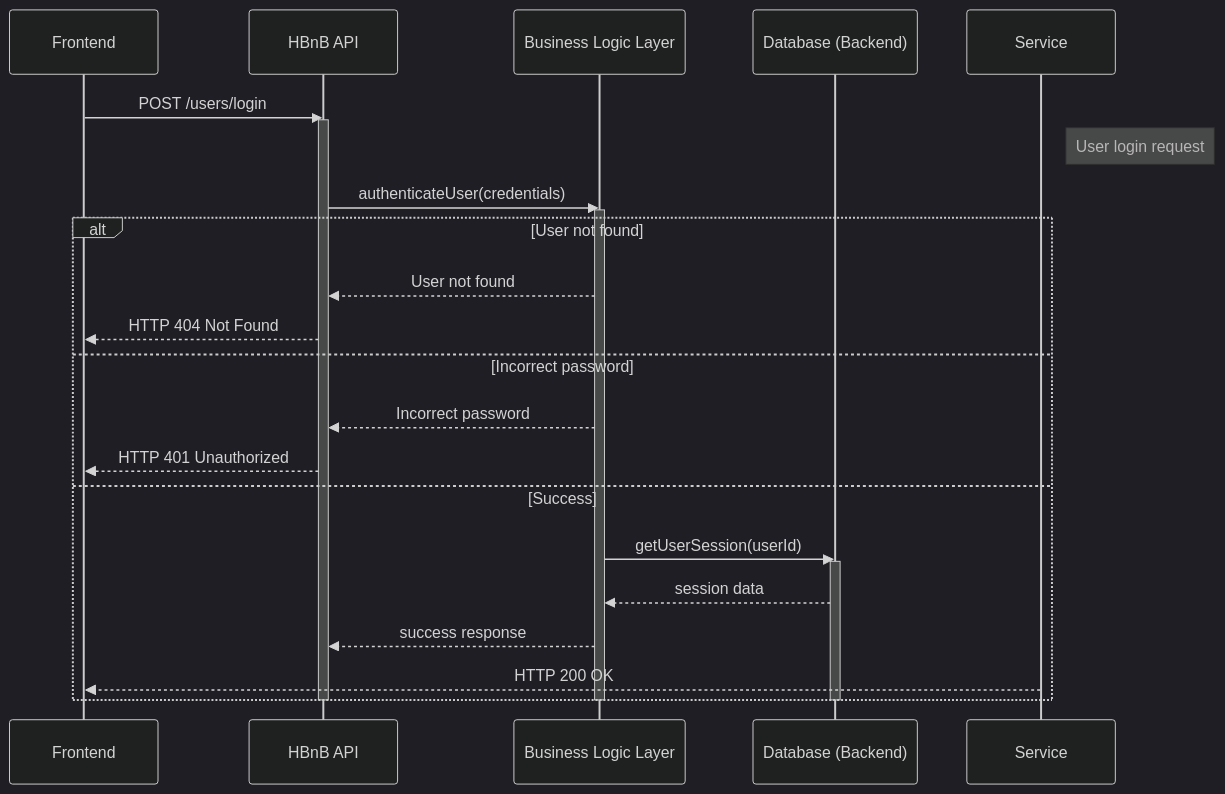
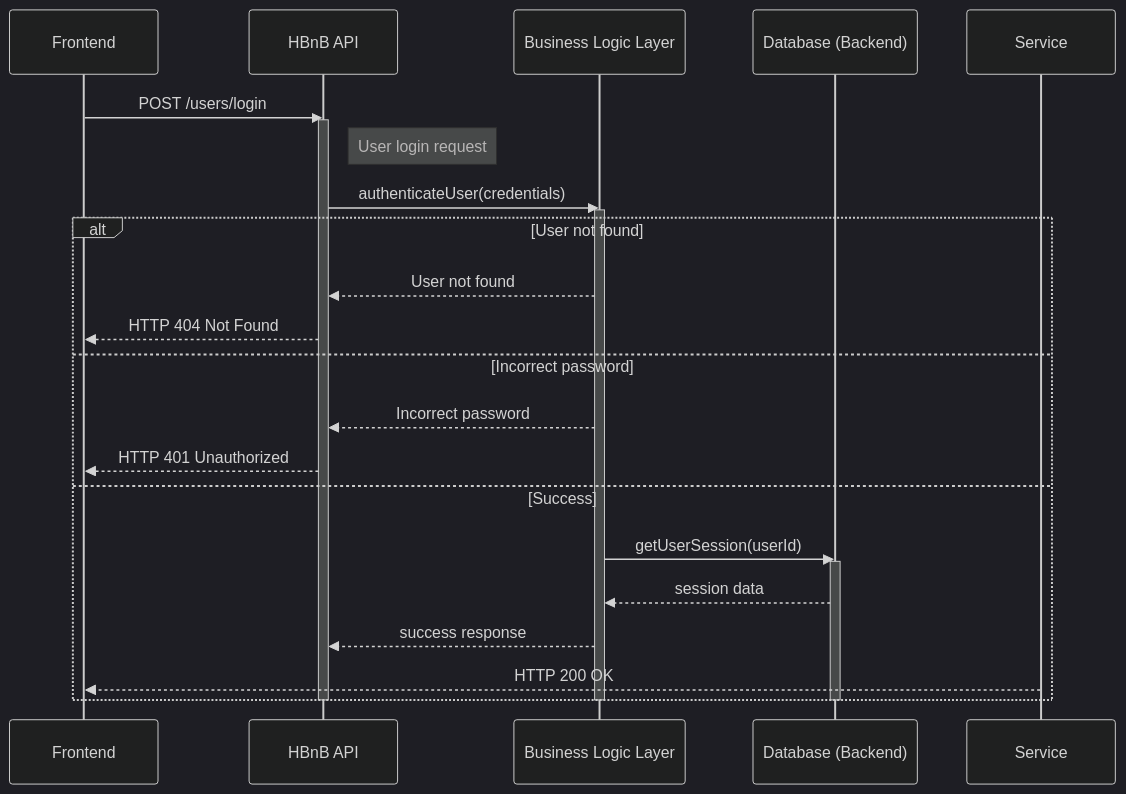
One commit to LEROY-Yanis/holbertonschool-hbnb changed the second of 3 diagrams in part1/task_3.md. Above: the diagram before and after it, drawn with Mermaid (dark theme). The commit also changed other lines of this file, not shown here.

Commit message:
Update notes for user registration and login requests

````diff
--- a/part1/task_3.md
+++ b/part1/task_3.md
@@ -53,32 +53,32 @@
 ```mermaid
 sequenceDiagram
     participant User as Frontend
     participant API as HBnB API
     participant Logic as Business Logic Layer
     participant Storage as Database (Backend)
 
     User->>API: POST /users/login
     activate API
-    Note right of Service: User login request
+    Note right of API: User login request
 
     API->>Logic: authenticateUser(credentials)
     activate Logic
 
     alt User not found
         Logic-->>API: User not found
         API-->>User: HTTP 404 Not Found
     else Incorrect password
         Logic-->>API: Incorrect password
         API-->>User: HTTP 401 Unauthorized
     else Success
         Logic->>Storage: getUserSession(userId)
         activate Storage
         Storage-->>Logic: session data
         Logic-->>API: success response
         Service-->>User: HTTP 200 OK
     end
 
     deactivate Storage
     deactivate Logic
     deactivate API
 ```
````
